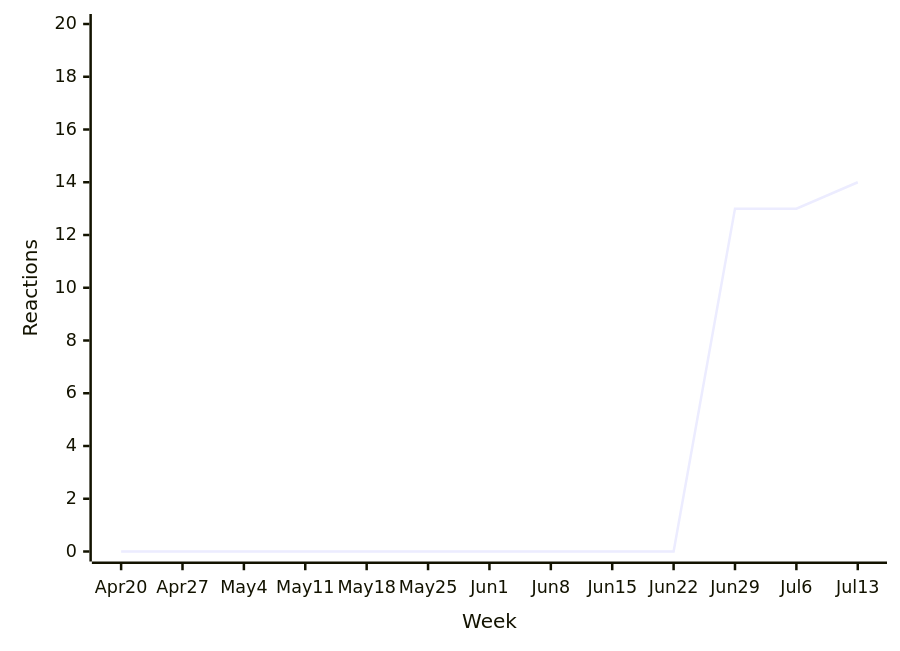
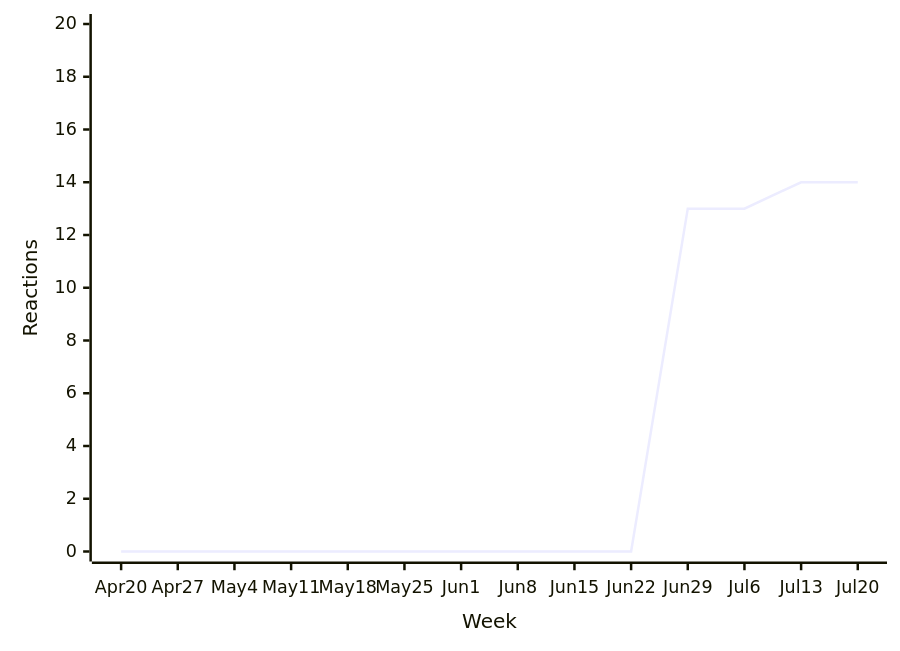
Before and after one commit to loic-sharma/github-insights: diagram 12 of 48 in README.md, drawn with Mermaid. The commit also changed other lines of this file and 3 other files, not shown here.

````diff
--- a/README.md
+++ b/README.md
@@ -526,6 +526,6 @@
   ```mermaid
   xychart-beta
-    x-axis "Week" [Apr 20, Apr 27, May 4, May 11, May 18, May 25, Jun 1, Jun 8, Jun 15, Jun 22, Jun 29, Jul 6, Jul 13]
+    x-axis "Week" [Apr 20, Apr 27, May 4, May 11, May 18, May 25, Jun 1, Jun 8, Jun 15, Jun 22, Jun 29, Jul 6, Jul 13, Jul 20]
     y-axis "Reactions" 0 --> 20
-    line [0, 0, 0, 0, 0, 0, 0, 0, 0, 0, 13, 13, 14]
+    line [0, 0, 0, 0, 0, 0, 0, 0, 0, 0, 13, 13, 14, 14]
   ```
````
